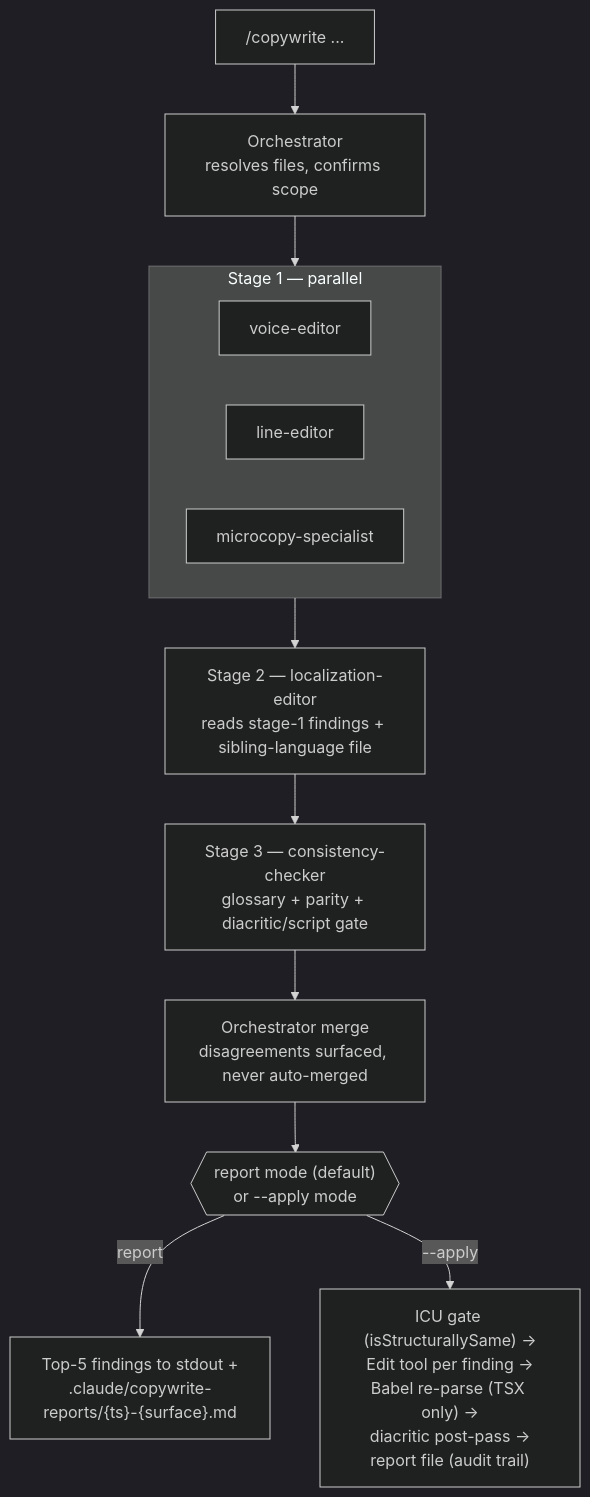
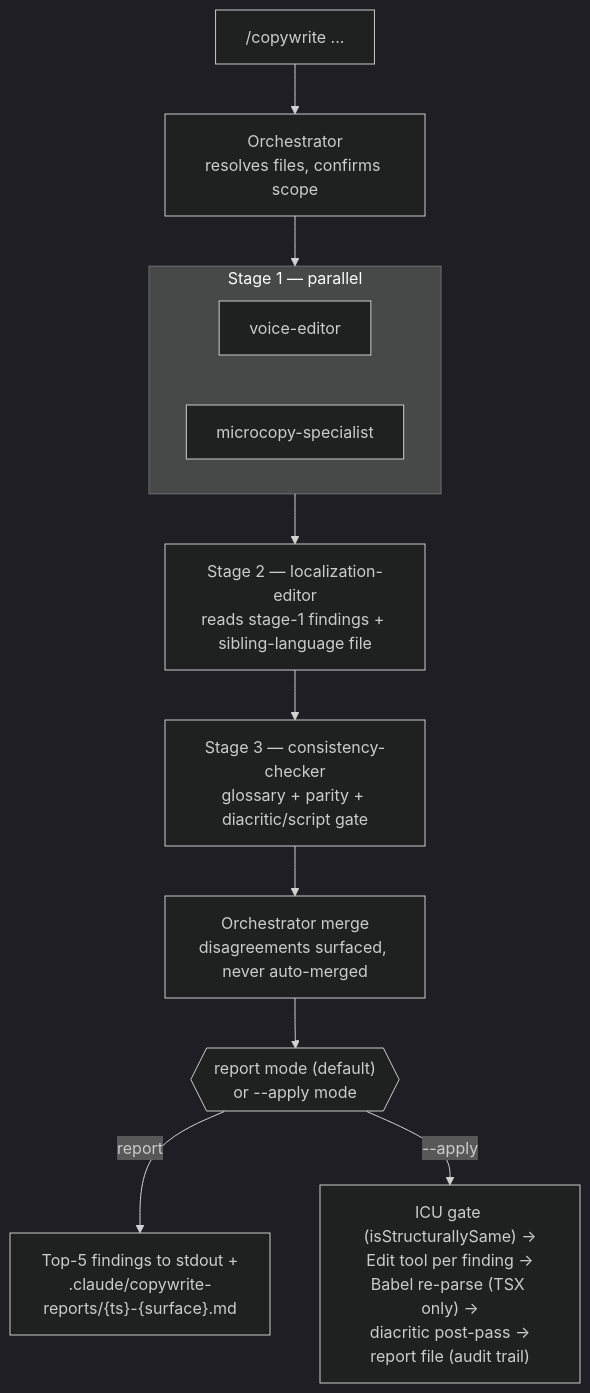
Before and after one commit to nodera-studio/agent-os: the diagram in agents/copywrite/README.md, drawn with Mermaid (dark theme). The commit also changed other lines of this file and 9 other files, not shown here.

First line of the commit message:
Merge line-editor and microcopy-patterns into their specialists

````diff
--- a/agents/copywrite/README.md
+++ b/agents/copywrite/README.md
@@ -48,20 +46,19 @@
 ```mermaid
 flowchart TD
     CMD["/copywrite ..."] --> O["Orchestrator<br/>resolves files, confirms scope"]
     O --> S1
 
     subgraph S1["Stage 1 — parallel"]
         direction LR
         VE["voice-editor"]
-        LE["line-editor"]
         MS["microcopy-specialist"]
     end
 
     S1 --> S2["Stage 2 — localization-editor<br/>reads stage-1 findings + sibling-language file"]
     S2 --> S3["Stage 3 — consistency-checker<br/>glossary + parity + diacritic/script gate"]
     S3 --> M["Orchestrator merge<br/>disagreements surfaced, never auto-merged"]
 
     M --> RM{{"report mode (default)<br/>or --apply mode"}}
     RM -->|report| REP["Top-5 findings to stdout +<br/>.claude/copywrite-reports/{ts}-{surface}.md"]
     RM -->|--apply| GATES["ICU gate (isStructurallySame) →<br/>Edit tool per finding →<br/>Babel re-parse (TSX only) →<br/>diacritic post-pass →<br/>report file (audit trail)"]
 ```
````
